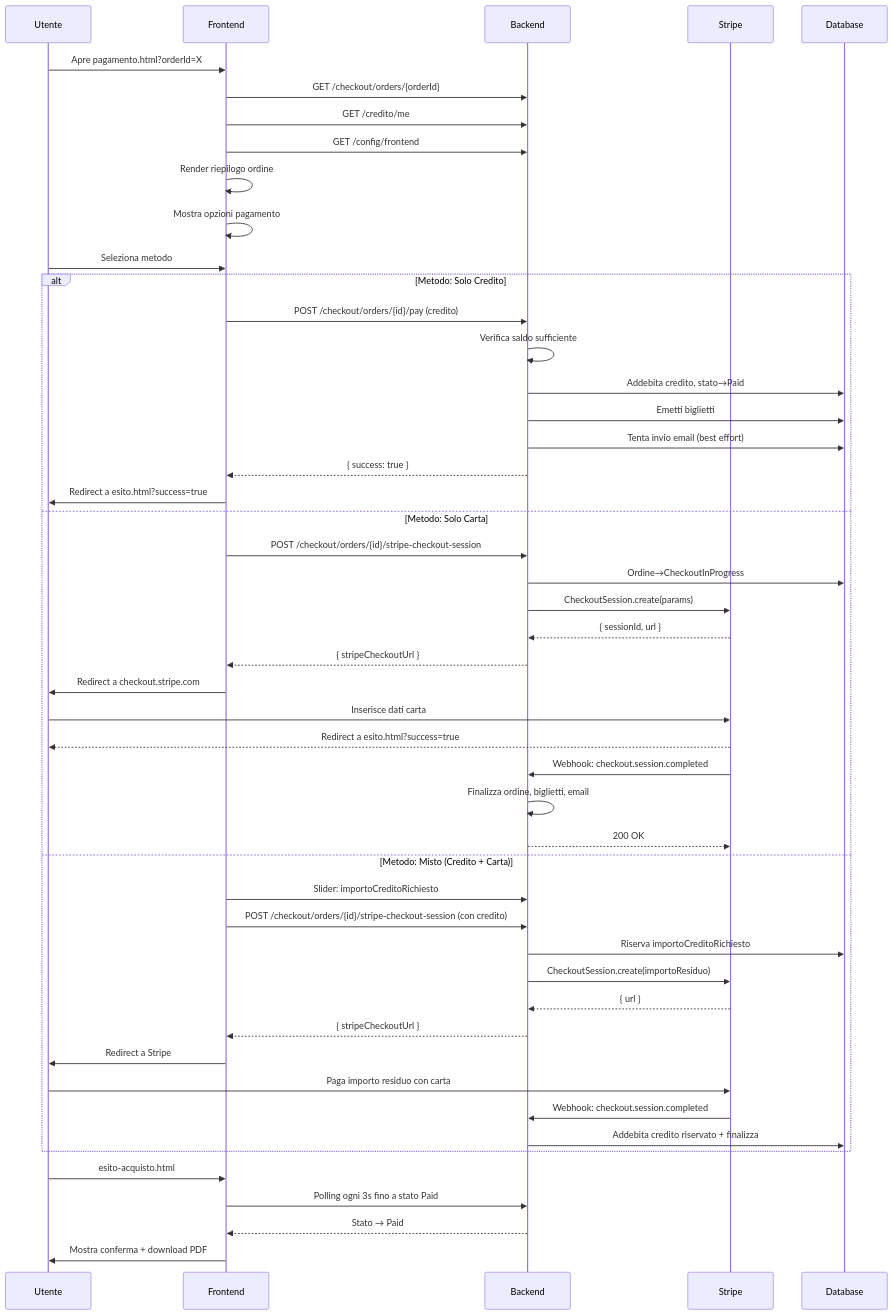
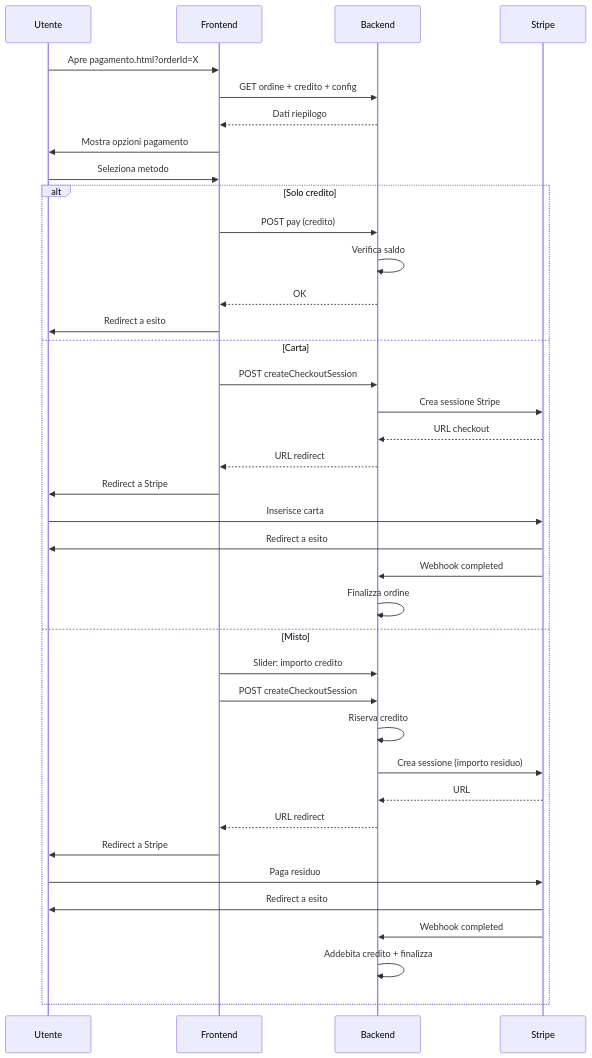
The second of 3 diagrams in film-app-dev_iteration_4/presentazione/06-pagamenti.md (RizzoThomas/esercizioopencodefilm), drawn with Mermaid before and after one commit. The commit also changed other lines of this file and 16 other files, not shown here.

````diff
--- a/film-app-dev_iteration_4/presentazione/06-pagamenti.md
+++ b/film-app-dev_iteration_4/presentazione/06-pagamenti.md
@@ -81,58 +81,45 @@
 ```mermaid
 sequenceDiagram
     participant U as Utente
-    participant F as Frontend
-    participant B as Backend
-    participant S as Stripe
-    participant DB as Database
+    participant FE as Frontend
+    participant API as Backend
+    participant STR as Stripe
 
-    U->>F: Apre pagamento.html?orderId=X
-    F->>B: GET /checkout/orders/{orderId}
-    F->>B: GET /credito/me
-    F->>B: GET /config/frontend
+    U->>FE: Apre pagamento.html?orderId=X
+    FE->>API: GET ordine + credito + config
+    API-->>FE: Dati riepilogo
+    FE->>U: Mostra opzioni pagamento
 
-    F->>F: Render riepilogo ordine
-    F->>F: Mostra opzioni pagamento
+    U->>FE: Seleziona metodo
 
-    U->>F: Seleziona metodo
-    
-    Alt Metodo: Solo Credito
-        F->>B: POST /checkout/orders/{id}/pay (credito)
-        B->>B: Verifica saldo sufficiente
-        B->>DB: Addebita credito, stato→Paid
-        B->>DB: Emetti biglietti
-        B->>DB: Tenta invio email (best effort)
-        B-->>F: { success: true }
-        F->>U: Redirect a esito.html?success=true
+    Alt Solo credito
+        FE->>API: POST pay (credito)
+        API->>API: Verifica saldo
+        API-->>FE: OK
+        FE->>U: Redirect a esito
 
-    Else Metodo: Solo Carta
-        F->>B: POST /checkout/orders/{id}/stripe-checkout-session
-        B->>DB: Ordine→CheckoutInProgress
-        B->>S: CheckoutSession.create(params)
-        S-->>B: { sessionId, url }
-        B-->>F: { stripeCheckoutUrl }
-        F->>U: Redirect a checkout.stripe.com
-        U->>S: Inserisce dati carta
-        S-->>U: Redirect a esito.html?success=true
-        S->>B: Webhook: checkout.session.completed
-        B->>B: Finalizza ordine, biglietti, email
-        B-->>S: 200 OK
+    Else Carta
+        FE->>API: POST createCheckoutSession
+        API->>STR: Crea sessione Stripe
+        STR-->>API: URL checkout
+        API-->>FE: URL redirect
+        FE->>U: Redirect a Stripe
+        U->>STR: Inserisce carta
+        STR->>U: Redirect a esito
+        STR->>API: Webhook completed
+        API->>API: Finalizza ordine
 
-    Else Metodo: Misto (Credito + Carta)
-        F->>B: Slider: importoCreditoRichiesto
-        F->>B: POST /checkout/orders/{id}/stripe-checkout-session (con credito)
-        B->>DB: Riserva importoCreditoRichiesto
-        B->>S: CheckoutSession.create(importoResiduo)
-        S-->>B: { url }
-        B-->>F: { stripeCheckoutUrl }
-        F->>U: Redirect a Stripe
-        U->>S: Paga importo residuo con carta
-        S->>B: Webhook: checkout.session.completed
-        B->>DB: Addebita credito riservato + finalizza
+    Else Misto
+        FE->>API: Slider: importo credito
+        FE->>API: POST createCheckoutSession
+        API->>API: Riserva credito
+        API->>STR: Crea sessione (importo residuo)
+        STR-->>API: URL
+        API-->>FE: URL redirect
+        FE->>U: Redirect a Stripe
+        U->>STR: Paga residuo
+        STR->>U: Redirect a esito
+        STR->>API: Webhook completed
+        API->>API: Addebita credito + finalizza
     End
-
-    U->>F: esito-acquisto.html
-    F->>B: Polling ogni 3s fino a stato Paid
-    B-->>F: Stato → Paid
-    F->>U: Mostra conferma + download PDF
 ```
````
